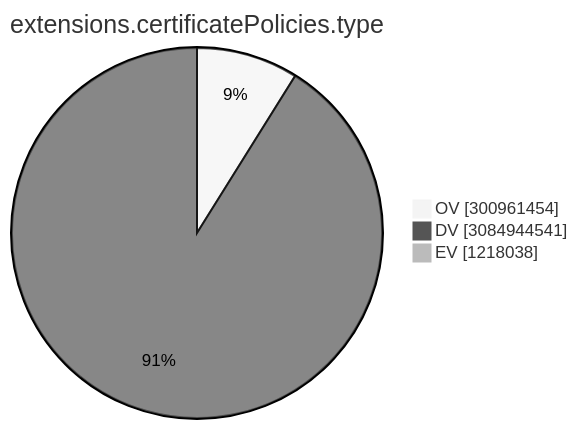
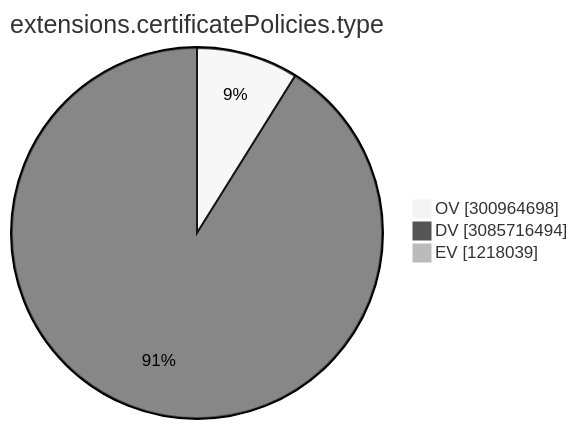
The ninth of 15 diagrams in TOTAL/README.md (christiankrug/ctmonitor_visualization), drawn with Mermaid (neutral theme) before and after one commit. The commit also changed other lines of this file, not shown here.

````diff
--- a/TOTAL/README.md
+++ b/TOTAL/README.md
@@ -3103,7 +3103,7 @@
 ```mermaid
 pie showData
 title extensions.certificatePolicies.type
-"OV" :300961454
-"DV" :3084944541
-"EV" :1218038
+"OV" :300964698
+"DV" :3085716494
+"EV" :1218039
 ```
````
